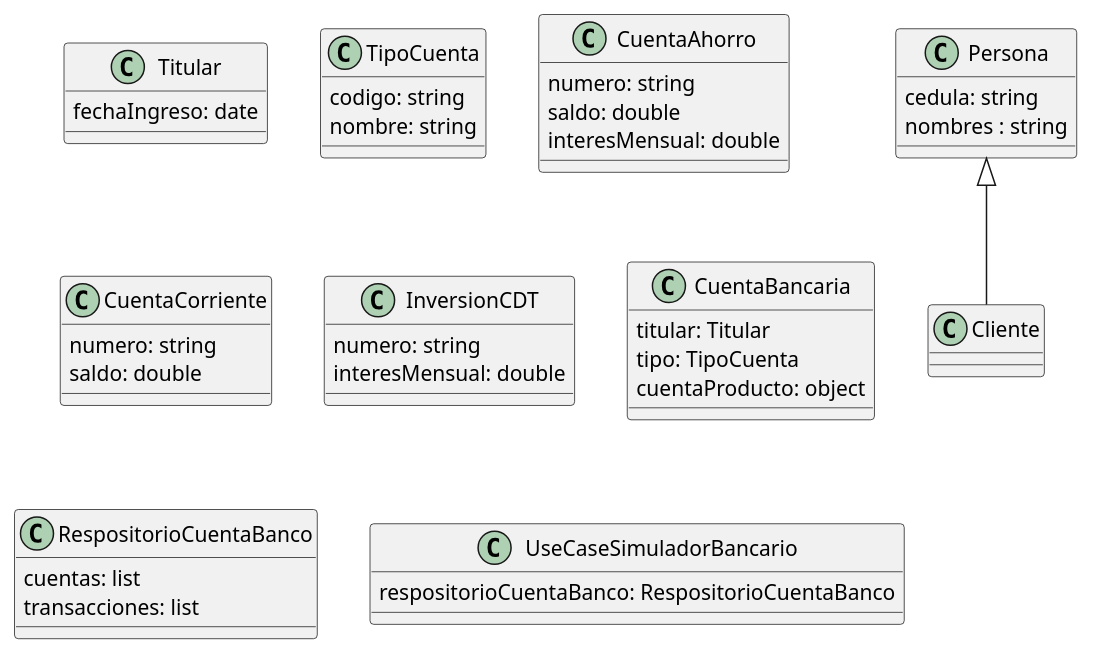
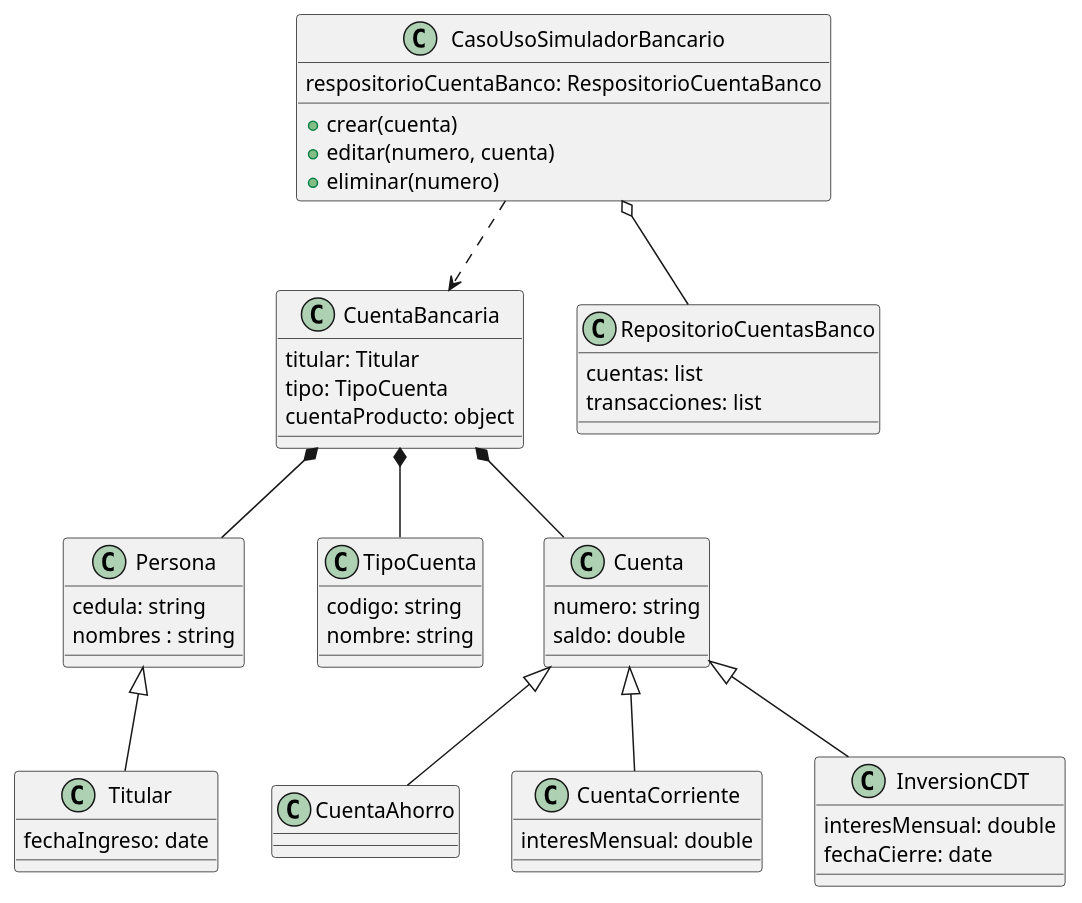
The diagram in uml-diagrams/dominio-simulador-bancario.puml (Eguamanu86/Unemi-curso-practico-FrontEnd), drawn with PlantUML before and after one commit. The commit also changed 5 other files, not shown here.

Commit message:
UCP-1 feat: se agrego modelo clases UML, metodos cuenta banco

```diff
--- a/uml-diagrams/dominio-simulador-bancario.puml
+++ b/uml-diagrams/dominio-simulador-bancario.puml
@@ -1,52 +1,66 @@
 @startuml
 
 class Persona{
   cedula: string
   nombres : string
 }
 
 class Titular {
   fechaIngreso: date
 }
 
 class TipoCuenta{
-    codigo: string
-    nombre: string
+  codigo: string
+  nombre: string
 }
 
-class CuentaAhorro {
-  numero: string
-  saldo: double
-  interesMensual: double
-}
-
-class CuentaCorriente {
+class Cuenta {
   numero: string
   saldo: double
 }
 
+class CuentaAhorro {
+}
+
+class CuentaCorriente {
+  interesMensual: double
+}
+
 class InversionCDT {
-  numero: string
   interesMensual: double
+  fechaCierre: date
 }
 
 class CuentaBancaria{
     titular: Titular
     tipo: TipoCuenta
     cuentaProducto: object
 }
 
-class RespositorioCuentaBanco{
+class RepositorioCuentasBanco{
     cuentas: list
     transacciones: list
 }
 
-class UseCaseSimuladorBancario{
-    respositorioCuentaBanco: RespositorioCuentaBanco
-
+class CasoUsoSimuladorBancario{
+  respositorioCuentaBanco: RespositorioCuentaBanco
+  + crear(cuenta)
+  + editar(numero, cuenta)
+  + eliminar(numero)
 }
 
 
-Persona <|--  Cliente
+Persona <|--  Titular
+Cuenta  <|--  CuentaAhorro
+Cuenta  <|--  CuentaCorriente
+Cuenta  <|--  InversionCDT
+
+CuentaBancaria *-- Persona
+CuentaBancaria *-- TipoCuenta
+CuentaBancaria *-- Cuenta
+
+CasoUsoSimuladorBancario o-- RepositorioCuentasBanco
+CasoUsoSimuladorBancario ..> CuentaBancaria
+
 
 @enduml
```
